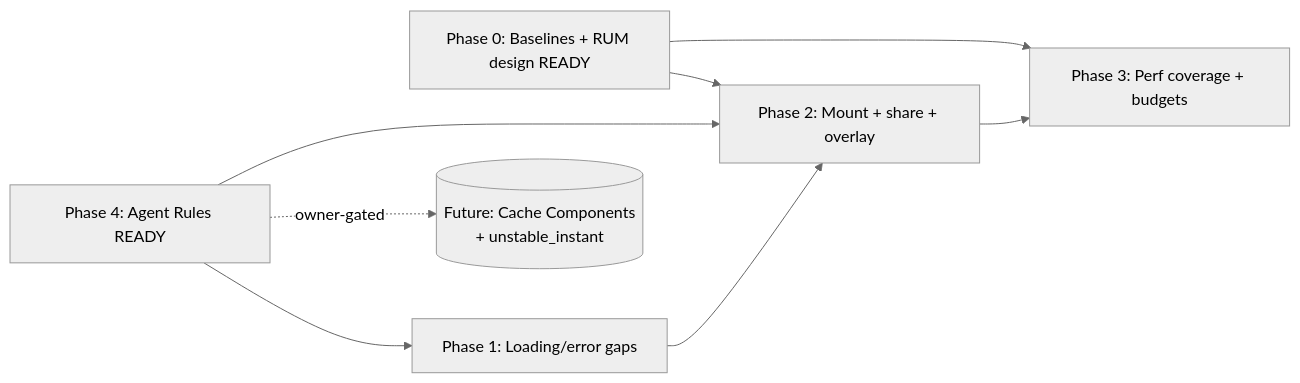
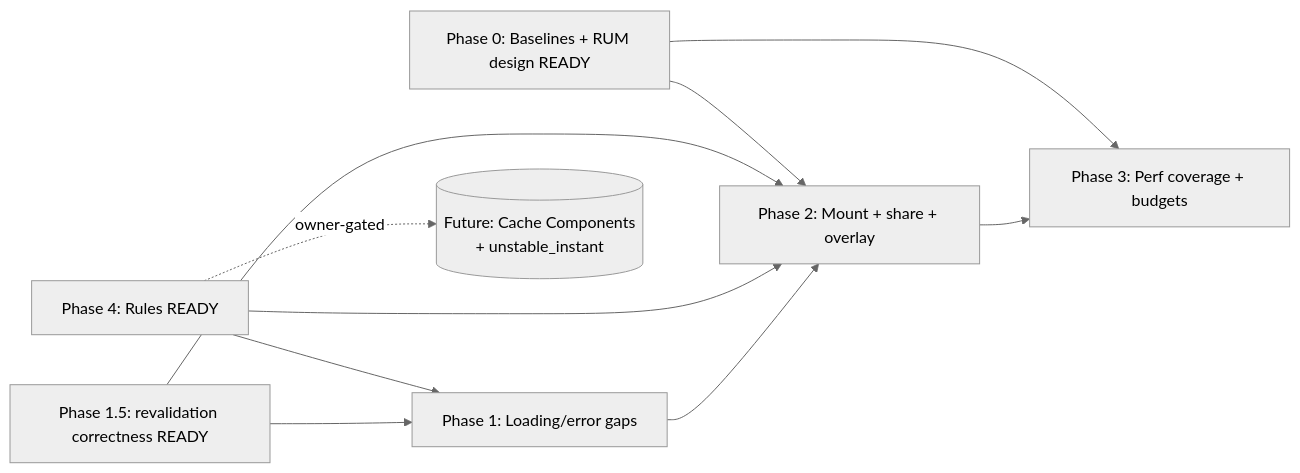
One commit to pjel888/archestimator changed the diagram in .ai/03_plans/2026-07-06-Transition-And-Loading-UX-And-UI/README.md. Above: the diagram before and after it, drawn with Mermaid (neutral theme). The commit also changed other lines of this file and 16 other files, not shown here.

````diff
--- a/.ai/03_plans/2026-07-06-Transition-And-Loading-UX-And-UI/README.md
+++ b/.ai/03_plans/2026-07-06-Transition-And-Loading-UX-And-UI/README.md
@@ -41,10 +53,12 @@
 ```mermaid
 flowchart LR
-  P4[Phase 4: Agent Rules READY] --> P1[Phase 1: Loading/error gaps]
+  P4[Phase 4: Rules READY] --> P1[Phase 1: Loading/error gaps]
   P0[Phase 0: Baselines + RUM design READY] --> P2[Phase 2: Mount + share + overlay]
+  P15[Phase 1.5: revalidation correctness READY] --> P1
+  P15 --> P2
   P4 --> P2
   P1 --> P2
   P0 --> P3[Phase 3: Perf coverage + budgets]
   P2 --> P3
   P4 -.owner-gated.-> F[(Future: Cache Components<br/>+ unstable_instant)]
 ```
````
